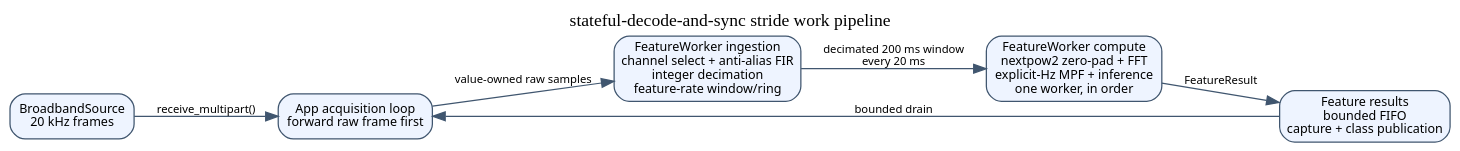
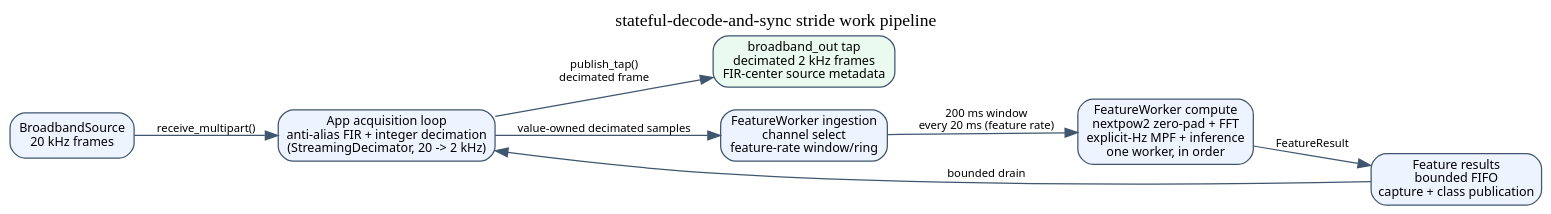
One commit to Neuro-Mechatronics-Interfaces/ScienceXYZ changed the diagram in apps/stateful-decode-and-sync/docs/feature-worker-pipeline.dot. Above: the diagram before and after it, drawn with Graphviz. The commit also changed 35 other files, not shown here.

```diff
--- a/apps/stateful-decode-and-sync/docs/feature-worker-pipeline.dot
+++ b/apps/stateful-decode-and-sync/docs/feature-worker-pipeline.dot
@@ -1,19 +1,21 @@
 digraph feature_worker_pipeline {
   graph [rankdir=LR, bgcolor="transparent", labelloc=t,
          label="stateful-decode-and-sync stride work pipeline"];
   node [shape=box, style="rounded,filled", fontname=" sans", fontsize=10,
         color="#40566f", fillcolor="#eef4ff"];
   edge [color="#40566f", fontname=" sans", fontsize=9];
 
   source [label="BroadbandSource\n20 kHz frames"];
-  acquisition [label="App acquisition loop\nforward raw frame first"];
-  ingest [label="FeatureWorker ingestion\nchannel select + anti-alias FIR\ninteger decimation\nfeature-rate window/ring"];
+  acquisition [label="App acquisition loop\nanti-alias FIR + integer decimation\n(StreamingDecimator, 20 -> 2 kHz)"];
+  broadband_out [label="broadband_out tap\ndecimated 2 kHz frames\nFIR-center source metadata", fillcolor="#eafaef"];
+  ingest [label="FeatureWorker ingestion\nchannel select\nfeature-rate window/ring"];
   compute [label="FeatureWorker compute\nnextpow2 zero-pad + FFT\nexplicit-Hz MPF + inference\none worker, in order"];
   results [label="Feature results\nbounded FIFO\ncapture + class publication"];
 
   source -> acquisition [label="receive_multipart()"];
-  acquisition -> ingest [label="value-owned raw samples"];
-  ingest -> compute [label="decimated 200 ms window\nevery 20 ms"];
+  acquisition -> broadband_out [label="publish_tap()\ndecimated frame"];
+  acquisition -> ingest [label="value-owned decimated samples"];
+  ingest -> compute [label="200 ms window\nevery 20 ms (feature rate)"];
   compute -> results [label="FeatureResult"];
   results -> acquisition [label="bounded drain"];
 }
```
